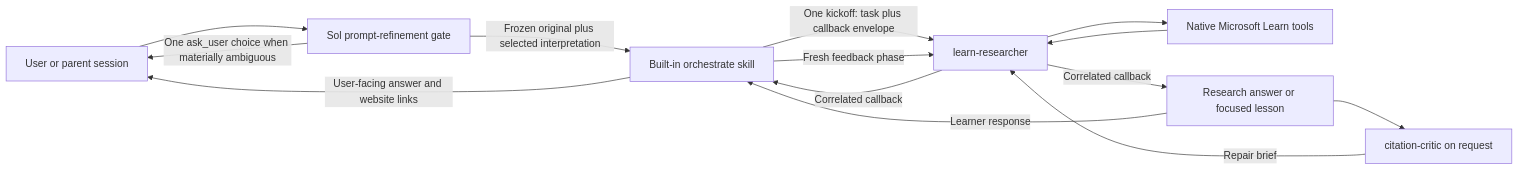
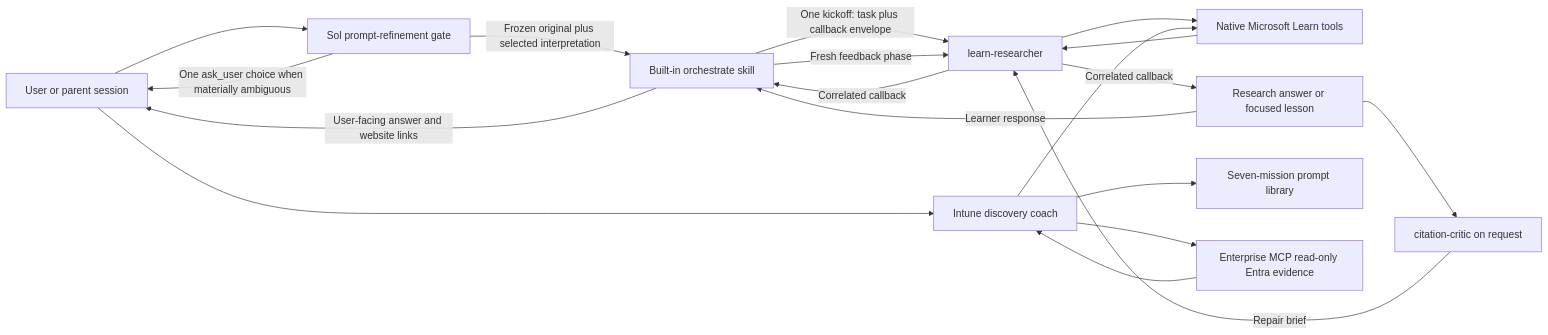
The diagram in docs/architecture.md (msucharda/azure-learn-copilot-app), drawn with Mermaid before and after one commit. The commit also changed other lines of this file and 4 other files, not shown here.

Commit message:
Document Enterprise MCP workshop setup

````diff
--- a/docs/architecture.md
+++ b/docs/architecture.md
@@ -7,16 +7,21 @@
 ```mermaid
 flowchart LR
     U[User or parent session] --> P[Sol prompt-refinement gate]
     P -->|One ask_user choice when materially ambiguous| U
     P -->|Frozen original plus selected interpretation| O[Built-in orchestrate skill]
     O -->|One kickoff: task plus callback envelope| R[learn-researcher]
     R --> L[Native Microsoft Learn tools]
     L --> R
     R -->|Correlated callback| A[Research answer or focused lesson]
     A --> C[citation-critic on request]
     C -->|Repair brief| R
     A -->|Learner response| O
     O -->|Fresh feedback phase| R
     R -->|Correlated callback| O
     O -->|User-facing answer and website links| U
+    U --> I[Intune discovery coach]
+    I --> M[Seven-mission prompt library]
+    I --> L
+    I --> E[Enterprise MCP read-only Entra evidence]
+    E --> I
 ```
````
